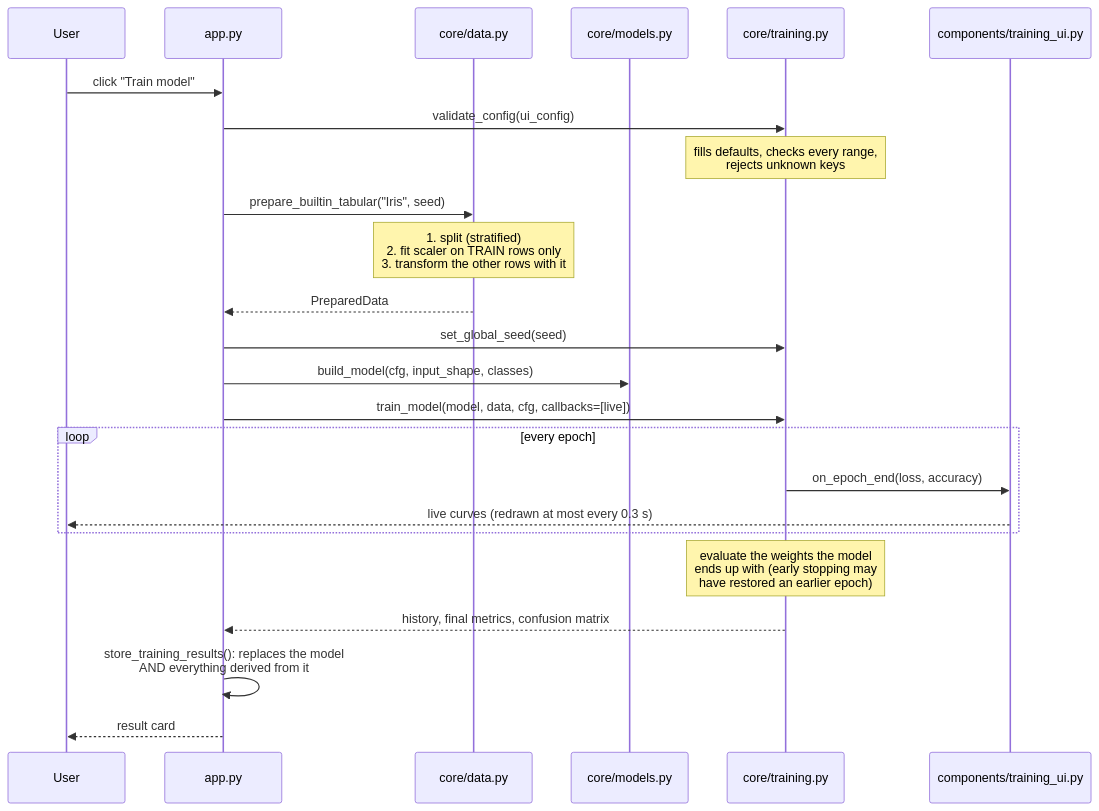
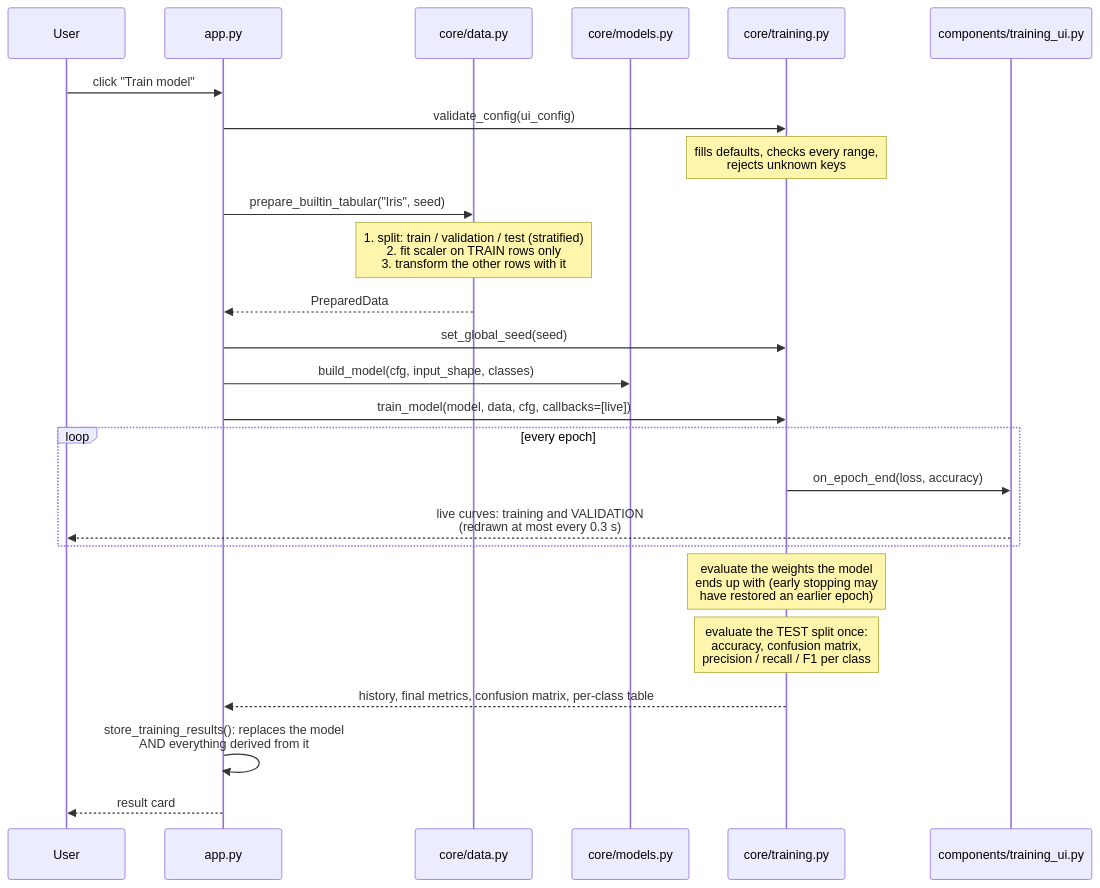
The second of 3 diagrams in docs/ARCHITECTURE.md (stredevirad/DeepLearningTutor), drawn with Mermaid before and after one commit. The commit also changed other lines of this file and 3 other files, not shown here.

````diff
--- a/docs/ARCHITECTURE.md
+++ b/docs/ARCHITECTURE.md
@@ -97,27 +97,28 @@
 ```mermaid
 sequenceDiagram
     participant U as User
     participant A as app.py
     participant D as core/data.py
     participant M as core/models.py
     participant T as core/training.py
     participant L as components/training_ui.py
 
     U->>A: click "Train model"
     A->>T: validate_config(ui_config)
     Note over T: fills defaults, checks every range,<br/>rejects unknown keys
     A->>D: prepare_builtin_tabular("Iris", seed)
-    Note over D: 1. split (stratified)<br/>2. fit scaler on TRAIN rows only<br/>3. transform the other rows with it
+    Note over D: 1. split: train / validation / test (stratified)<br/>2. fit scaler on TRAIN rows only<br/>3. transform the other rows with it
     D-->>A: PreparedData
     A->>T: set_global_seed(seed)
     A->>M: build_model(cfg, input_shape, classes)
     A->>T: train_model(model, data, cfg, callbacks=[live])
     loop every epoch
         T->>L: on_epoch_end(loss, accuracy)
-        L-->>U: live curves (redrawn at most every 0.3 s)
+        L-->>U: live curves: training and VALIDATION<br/>(redrawn at most every 0.3 s)
     end
     Note over T: evaluate the weights the model<br/>ends up with (early stopping may<br/>have restored an earlier epoch)
-    T-->>A: history, final metrics, confusion matrix
+    Note over T: evaluate the TEST split once:<br/>accuracy, confusion matrix,<br/>precision / recall / F1 per class
+    T-->>A: history, final metrics, confusion matrix, per-class table
     A->>A: store_training_results(): replaces the model<br/>AND everything derived from it
     A-->>U: result card
 ```
````
